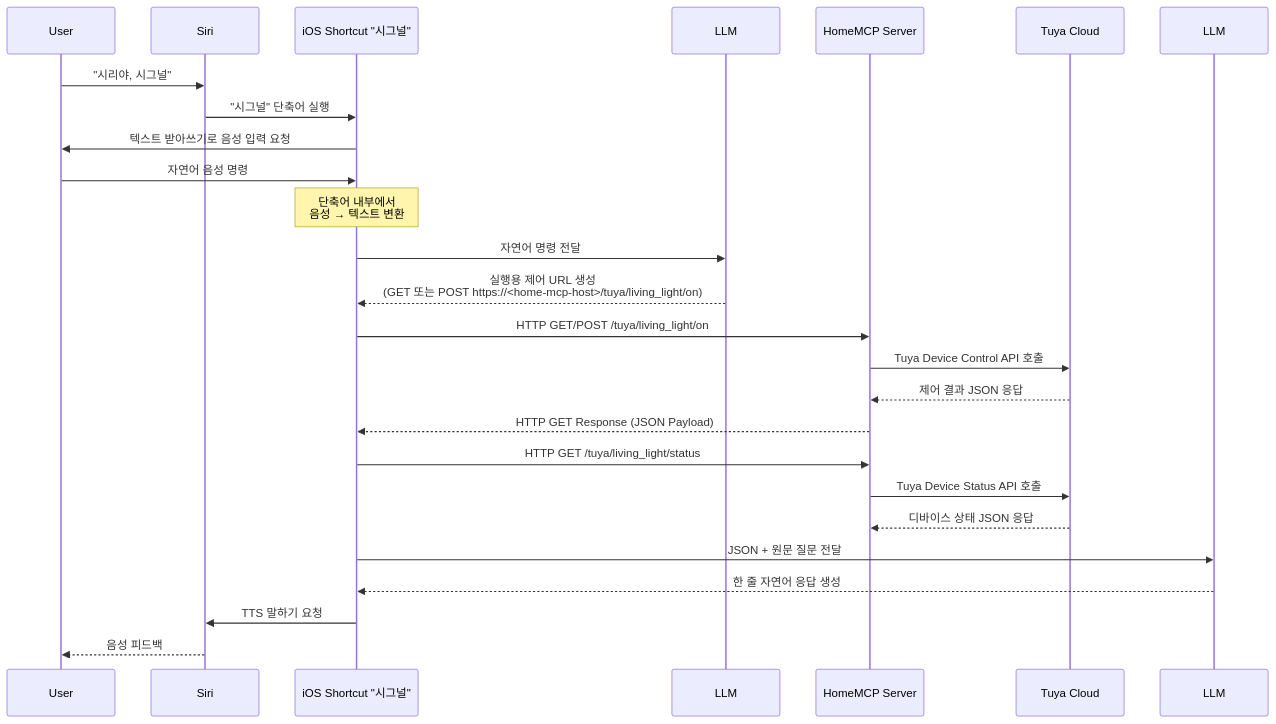
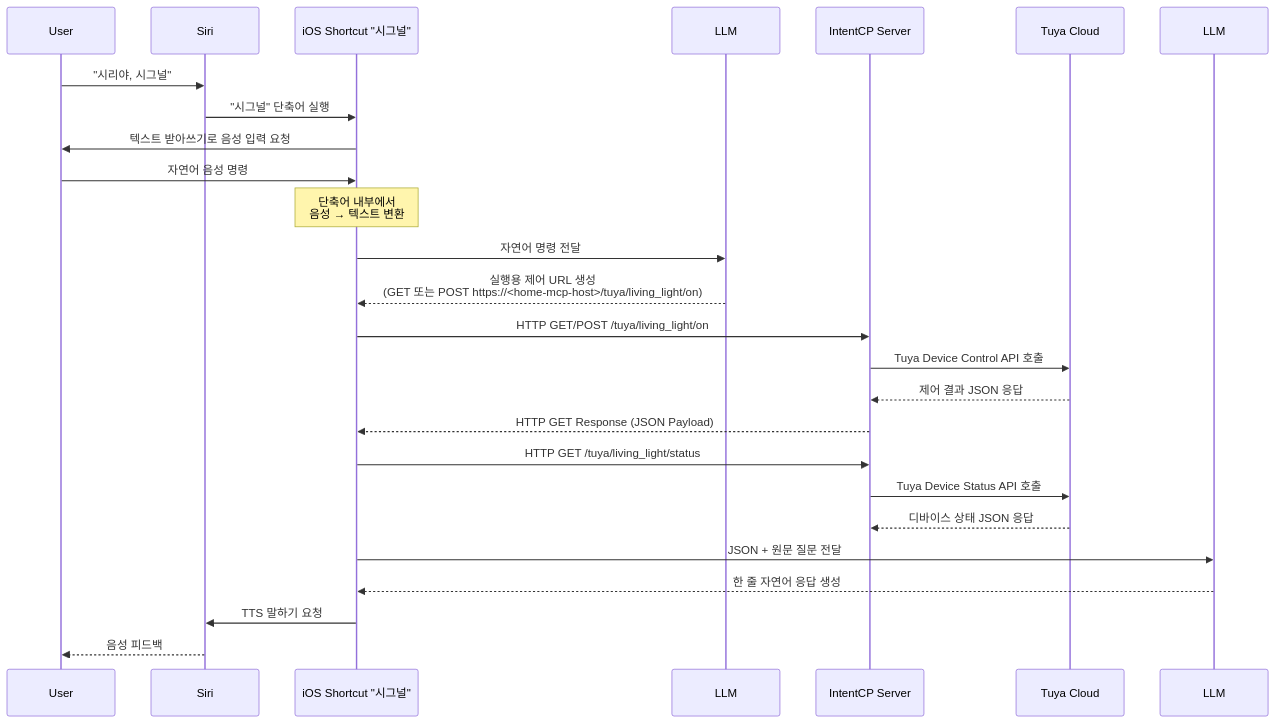
The diagram in README.ko.md (jaebinsim/HomeMCP), drawn with Mermaid before and after one commit. The commit also changed other lines of this file and 15 other files, not shown here.

Commit message:
chore: rebrand HomeMCP to IntentCP (docs & UI only)

````diff
--- a/README.ko.md
+++ b/README.ko.md
@@ -139,42 +139,42 @@
 ```mermaid
 sequenceDiagram
     participant User as User
     participant Siri as Siri
     participant Shortcuts as iOS Shortcut "시그널"
     participant LLM1 as LLM #1 (Command Generator)
-    participant HomeMCP as HomeMCP Server
+    participant IntentCP as IntentCP Server
     participant Tuya as Tuya Cloud
     participant LLM2 as LLM #2 (Response Generator)
 
     %% 1. 단축어 호출
     User->>Siri: "시리야, 시그널"
     Siri->>Shortcuts: "시그널" 단축어 실행
 
     %% 2. 단축어 안에서 음성 → 텍스트
     Shortcuts->>User: 텍스트 받아쓰기로 음성 입력 요청
     User->>Shortcuts: 자연어 음성 명령
     Note over Shortcuts: 단축어 내부에서<br/>음성 → 텍스트 변환
 
     %% 3. LLM #1: 명령 URL 생성
     Shortcuts->>LLM1: 자연어 명령 전달
     LLM1-->>Shortcuts: 실행용 제어 URL 생성<br/>(GET 또는 POST https://<home-mcp-host>/tuya/living_light/on)
 
-    %% 4. HomeMCP ↔ Tuya (Device Control)
-    Shortcuts->>HomeMCP: HTTP GET/POST /tuya/living_light/on
-    HomeMCP->>Tuya: Tuya Device Control API 호출
-    Tuya-->>HomeMCP: 제어 결과 JSON 응답
-    HomeMCP-->>Shortcuts: HTTP GET Response (JSON Payload)
+    %% 4. IntentCP ↔ Tuya (Device Control)
+    Shortcuts->>IntentCP: HTTP GET/POST /tuya/living_light/on
+    IntentCP->>Tuya: Tuya Device Control API 호출
+    Tuya-->>IntentCP: 제어 결과 JSON 응답
+    IntentCP-->>Shortcuts: HTTP GET Response (JSON Payload)
 
     %% 4-1. Device Status Query (Optional)
-    Shortcuts->>HomeMCP: HTTP GET /tuya/living_light/status
-    HomeMCP->>Tuya: Tuya Device Status API 호출
-    Tuya-->>HomeMCP: 디바이스 상태 JSON 응답
+    Shortcuts->>IntentCP: HTTP GET /tuya/living_light/status
+    IntentCP->>Tuya: Tuya Device Status API 호출
+    Tuya-->>IntentCP: 디바이스 상태 JSON 응답
 
     %% 5. LLM #2: 응답 문장 생성
     Shortcuts->>LLM2: JSON + 원문 질문 전달
     LLM2-->>Shortcuts: 한 줄 자연어 응답 생성
 
     %% 6. 최종 피드백
     Shortcuts->>Siri: TTS 말하기 요청
     Siri-->>User: 음성 피드백
 ```
````
